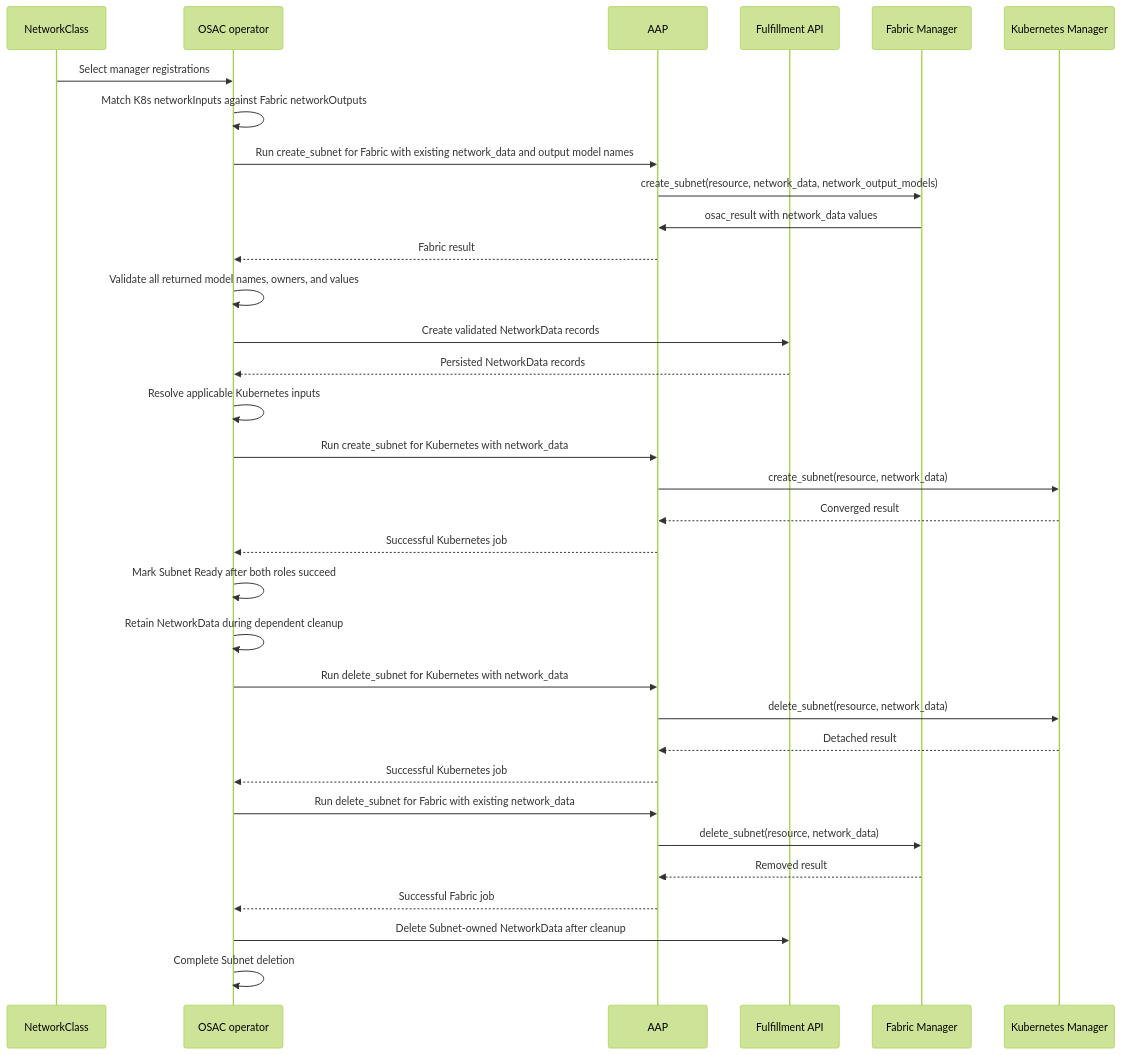
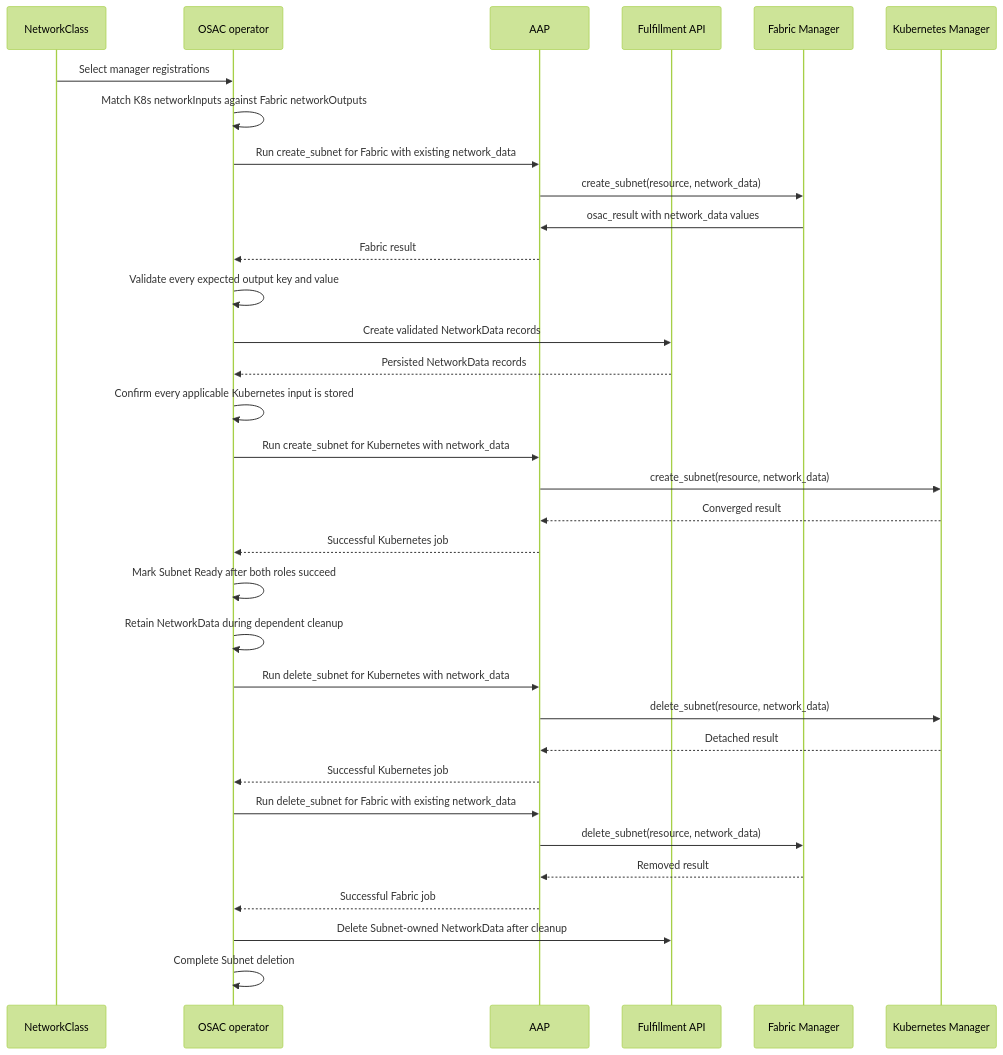
One commit to danmanor/enhancement-proposals changed the first of 2 diagrams in enhancements/OSAC-1433-network-manager-integration-contract-networking/design.md. Above: the diagram before and after it, drawn with Mermaid (forest theme). The commit also changed other lines of this file and 2 other files, not shown here.

Commit message:
docs: clarify manager output result contract

````diff
--- a/enhancements/OSAC-1433-network-manager-integration-contract-networking/design.md
+++ b/enhancements/OSAC-1433-network-manager-integration-contract-networking/design.md
@@ -796,37 +797,37 @@
 ```mermaid
 sequenceDiagram
     participant NC as NetworkClass
     participant Operator as OSAC operator
     participant AAP as AAP
     participant Fulfillment as Fulfillment API
     participant Fabric as Fabric Manager
     participant K8s as Kubernetes Manager
 
     NC->>Operator: Select manager registrations
     Operator->>Operator: Match K8s networkInputs against Fabric networkOutputs
-    Operator->>AAP: Run create_subnet for Fabric with existing network_data and output model names
-    AAP->>Fabric: create_subnet(resource, network_data, network_output_models)
+    Operator->>AAP: Run create_subnet for Fabric with existing network_data
+    AAP->>Fabric: create_subnet(resource, network_data)
     Fabric->>AAP: osac_result with network_data values
     AAP-->>Operator: Fabric result
-    Operator->>Operator: Validate all returned model names, owners, and values
+    Operator->>Operator: Validate every expected output key and value
     Operator->>Fulfillment: Create validated NetworkData records
     Fulfillment-->>Operator: Persisted NetworkData records
-    Operator->>Operator: Resolve applicable Kubernetes inputs
+    Operator->>Operator: Confirm every applicable Kubernetes input is stored
     Operator->>AAP: Run create_subnet for Kubernetes with network_data
     AAP->>K8s: create_subnet(resource, network_data)
     K8s-->>AAP: Converged result
     AAP-->>Operator: Successful Kubernetes job
     Operator->>Operator: Mark Subnet Ready after both roles succeed
 
     Operator->>Operator: Retain NetworkData during dependent cleanup
     Operator->>AAP: Run delete_subnet for Kubernetes with network_data
     AAP->>K8s: delete_subnet(resource, network_data)
     K8s-->>AAP: Detached result
     AAP-->>Operator: Successful Kubernetes job
     Operator->>AAP: Run delete_subnet for Fabric with existing network_data
     AAP->>Fabric: delete_subnet(resource, network_data)
     Fabric-->>AAP: Removed result
     AAP-->>Operator: Successful Fabric job
     Operator->>Fulfillment: Delete Subnet-owned NetworkData after cleanup
     Operator->>Operator: Complete Subnet deletion
 ```
````
